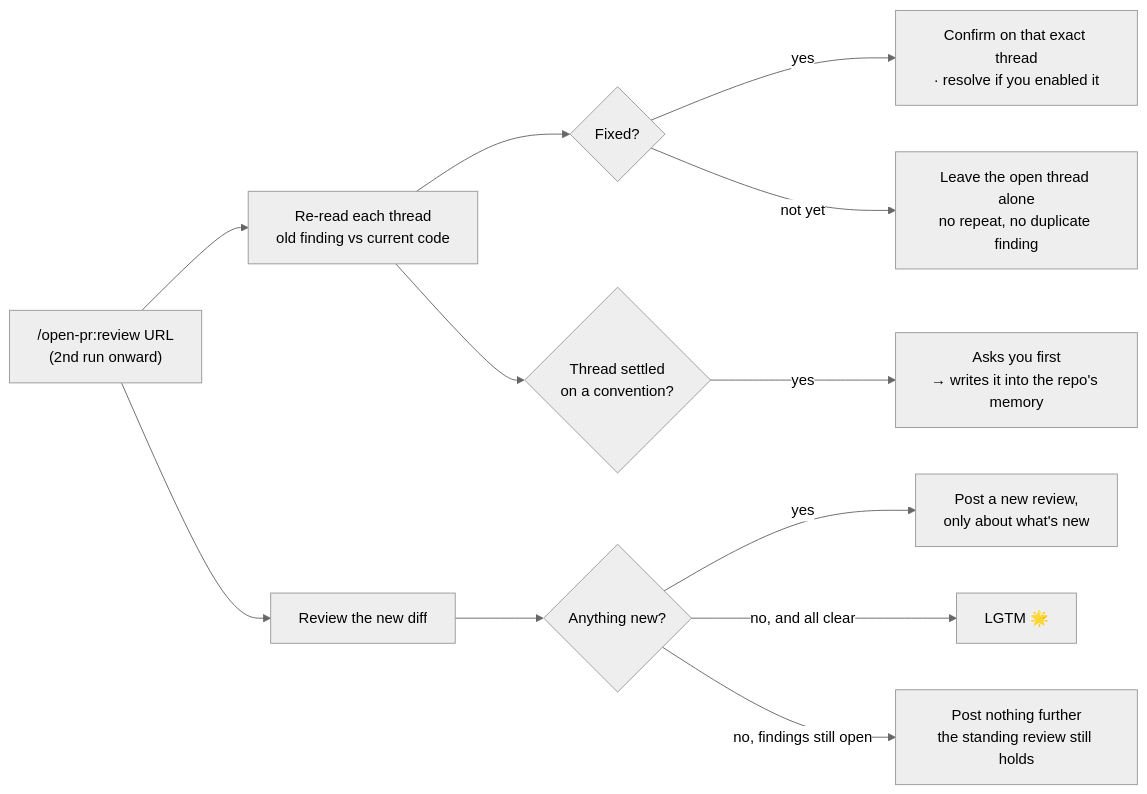
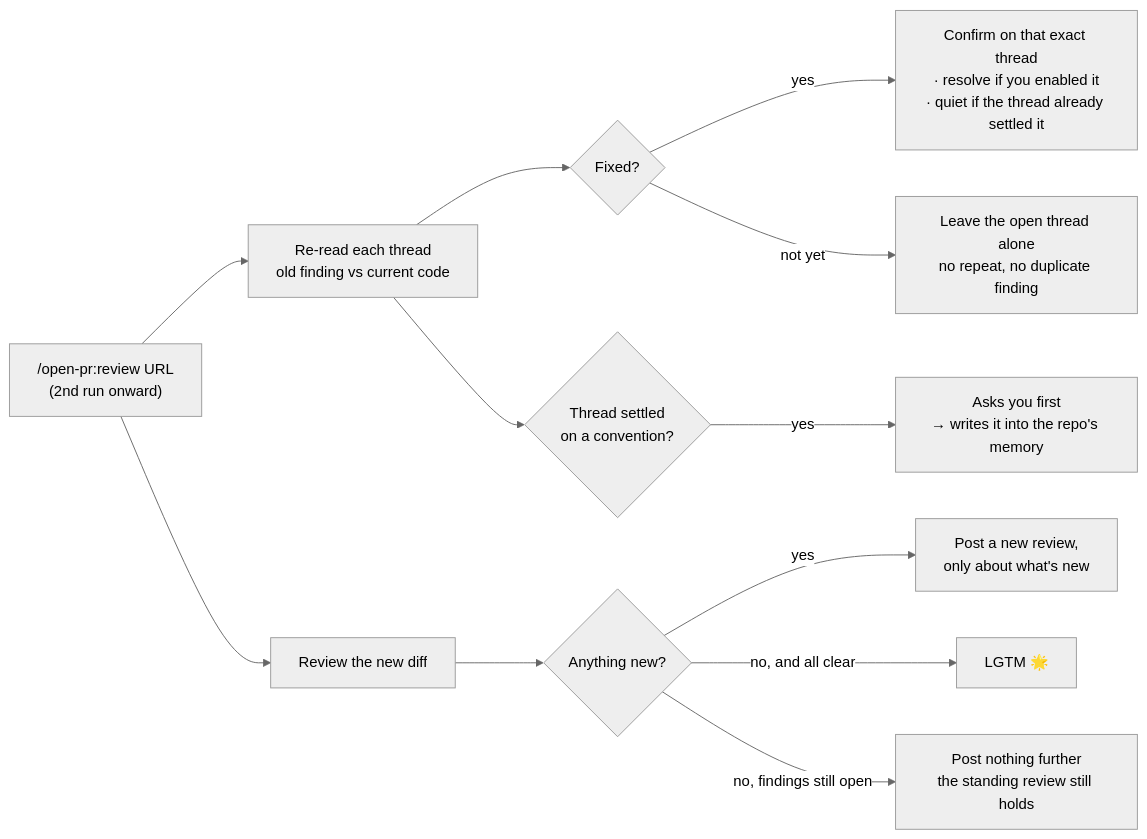
Before and after one commit to TOMOSIA-VIETNAM/open-pr: the first of 2 diagrams in docs/how-it-works.md, drawn with Mermaid (neutral theme). The commit also changed 3 other files, not shown here.

````diff
--- a/docs/how-it-works.md
+++ b/docs/how-it-works.md
@@ -13,14 +13,14 @@
 ```mermaid
 flowchart LR
   A["/open-pr:review URL<br/>(2nd run onward)"] --> B[Re-read each thread<br/>old finding vs current code]
   B --> C{Fixed?}
-  C -- yes --> D["Confirm on that exact thread<br/>· resolve if you enabled it"]
+  C -- yes --> D["Confirm on that exact thread<br/>· resolve if you enabled it<br/>· quiet if the thread already settled it"]
   C -- not yet --> E["Leave the open thread alone<br/>no repeat, no duplicate finding"]
   B --> F{Thread settled<br/>on a convention?}
   F -- yes --> G["Asks you first<br/>→ writes it into the repo's memory"]
   A --> H[Review the new diff]
   H --> I{Anything new?}
   I -- yes --> J["Post a new review,<br/>only about what's new"]
   I -- no, and all clear --> K[LGTM 🌟]
   I -- no, findings still open --> L["Post nothing further<br/>the standing review still holds"]
 ```
````
